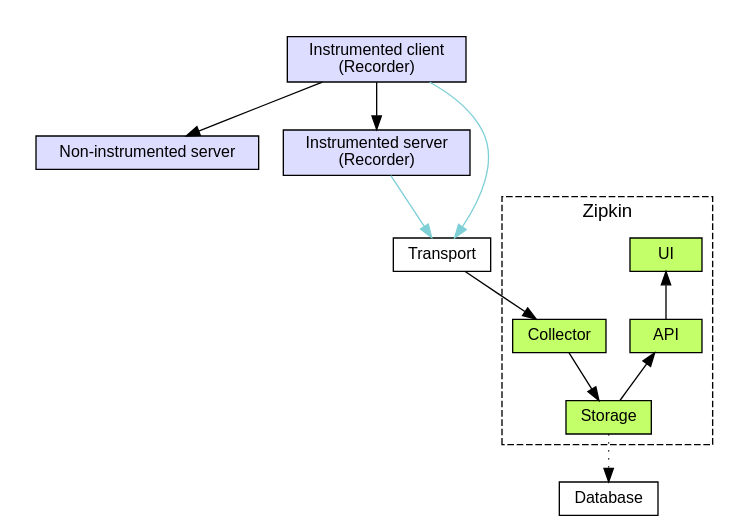
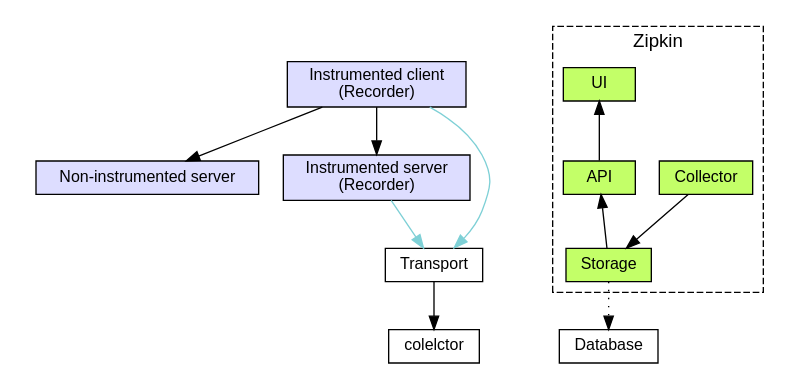
Before and after one commit to jplock/openzipkin.github.io: the diagram in graphs/architecture/source.dot, drawn with Graphviz.

```diff
--- a/graphs/architecture/source.dot
+++ b/graphs/architecture/source.dot
@@ -1,42 +1,42 @@
 digraph Architecture {
   node[fontsize=12, height=0.35, fontname=Helvetica, shape=rect];
   fontname=Helvetica;
 
   subgraph cluster_your_app {
     color=white;
     node[fillcolor="#DDDDFF", style=filled];
 
     client[label="Instrumented client\n(Recorder)"];
     uninstrumented_server[label="Non-instrumented server"];
     instrumented_server[label="Instrumented server\n(Recorder)"];
 
     client -> instrumented_server;
     client -> uninstrumented_server;
   }
 
   transport [label=Transport];
   
   subgraph cluster_zipkin {
     label=Zipkin;
     style=dashed;
     node[fillcolor="#C3FF68", style=filled];
 
-    colelctor[label=Collector];
+    collector[label=Collector];
     storage[label=Storage];
     api[label=API];
     ui[label=UI];
 
-    colelctor -> storage;
+    collector -> storage;
     
 	api -> storage [dir=back];
 	ui -> api [dir=back];
   }
 
   database[label=Database];
   storage -> database [style=dotted];
 
   instrumented_server -> transport [color="#7ED0D6"];
   client -> transport [color="#7ED0D6"];
   transport -> colelctor;
 
 }
```
